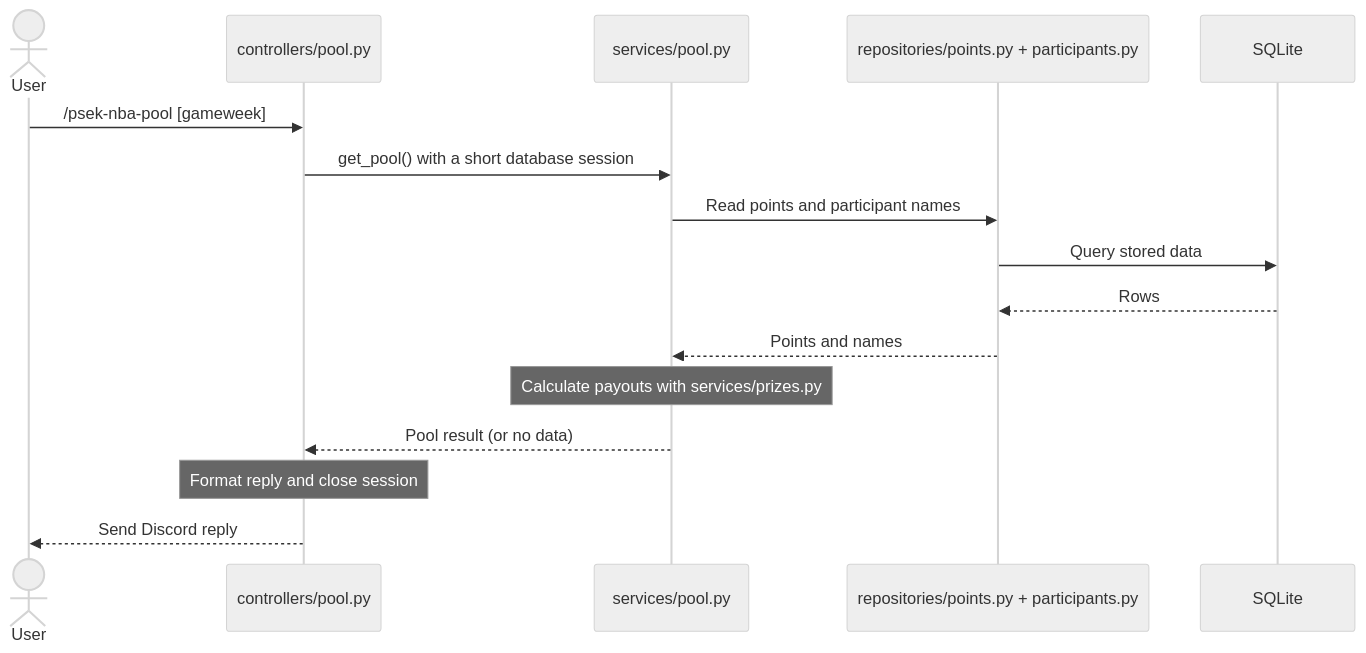
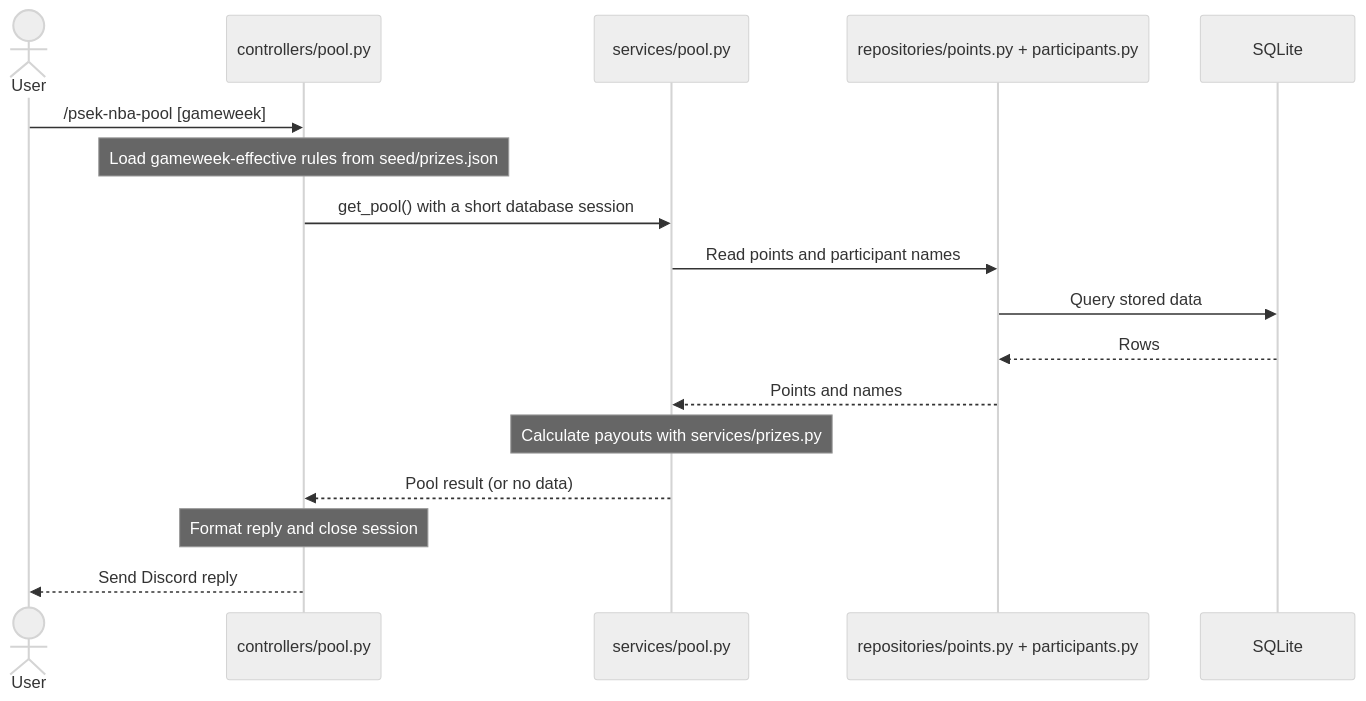
One commit to phakawatfong/psek-bot changed the second of 2 diagrams in README.md. Above: the diagram before and after it, drawn with Mermaid (neutral theme). The commit also changed other lines of this file and 36 other files, not shown here.

````diff
--- a/README.md
+++ b/README.md
@@ -216,18 +252,19 @@
 ```mermaid
 sequenceDiagram
     actor User
     participant Controller as controllers/pool.py
     participant Service as services/pool.py
     participant Repository as repositories/points.py + participants.py
     participant DB as SQLite
     User->>Controller: /psek-nba-pool [gameweek]
+    Note over Controller: Load gameweek-effective rules from seed/prizes.json
     Controller->>Service: get_pool() with a short database session
     Service->>Repository: Read points and participant names
     Repository->>DB: Query stored data
     DB-->>Repository: Rows
     Repository-->>Service: Points and names
     Note over Service: Calculate payouts with services/prizes.py
     Service-->>Controller: Pool result (or no data)
     Note over Controller: Format reply and close session
     Controller-->>User: Send Discord reply
 ```
````
